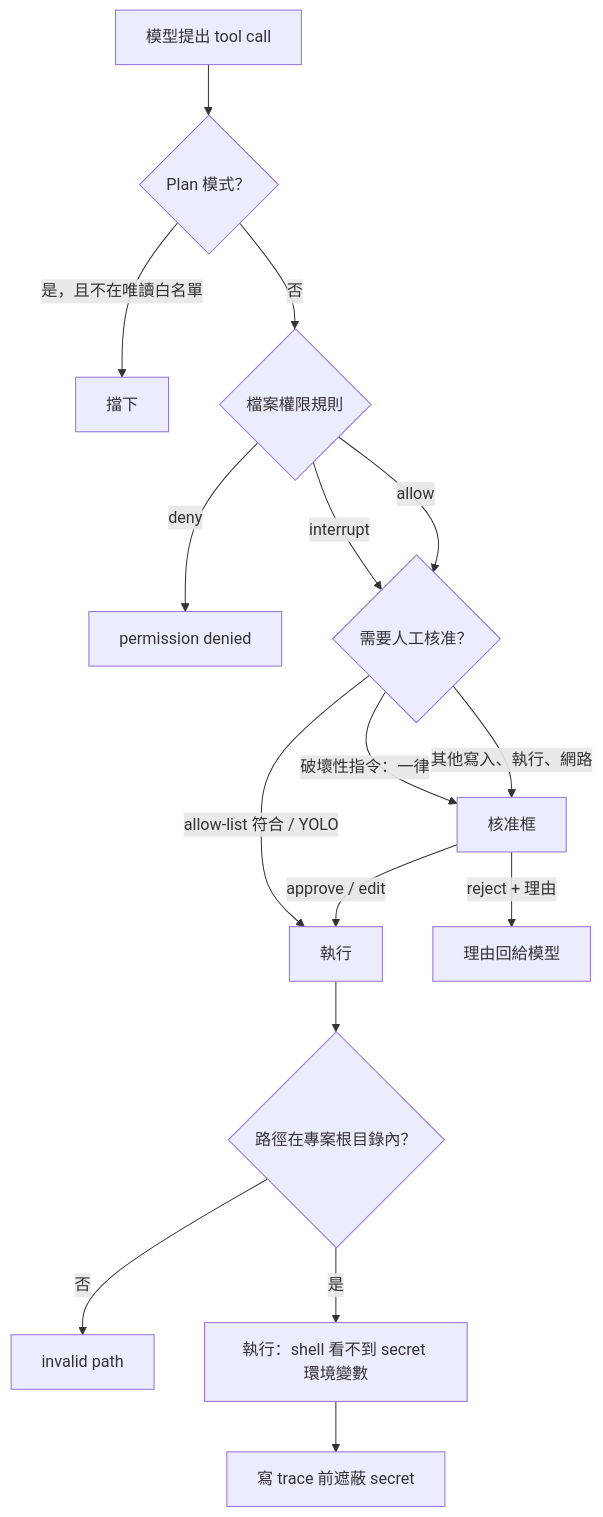
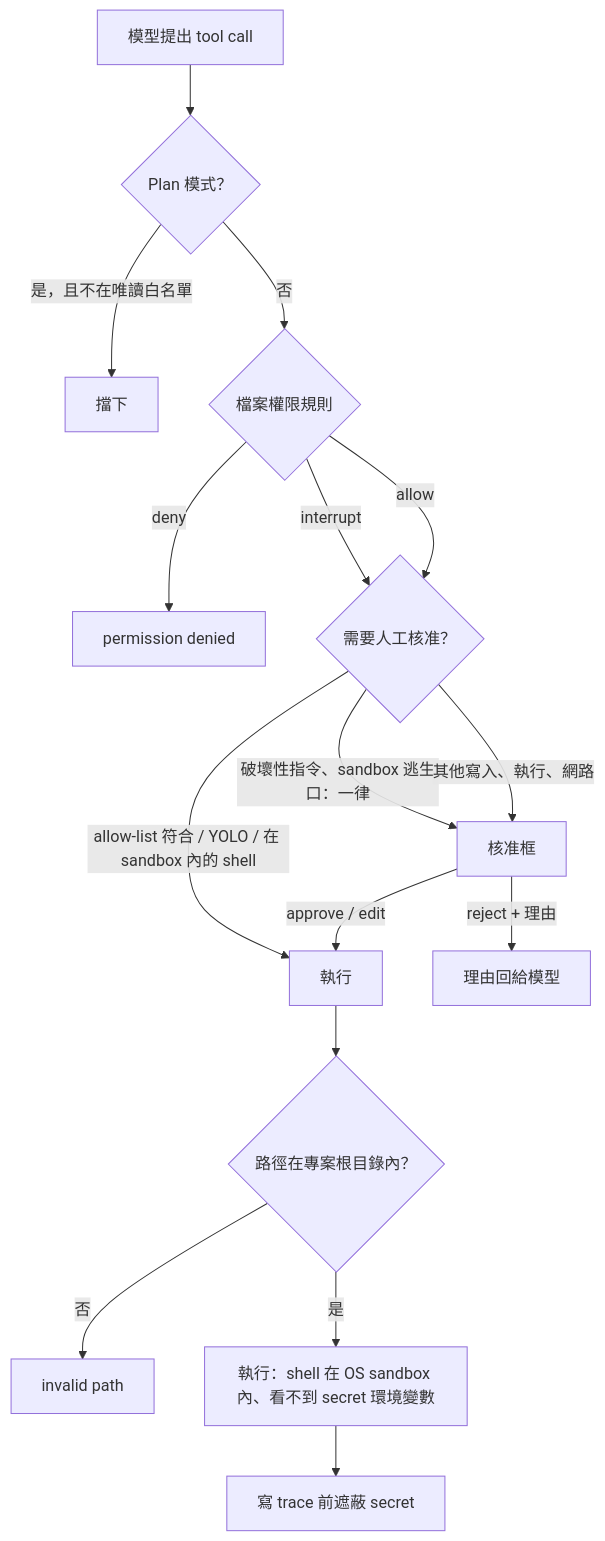
Before and after one commit to TsengMJ/coding_agent: the diagram in docs/intros/08_safety_and_permissions.md, drawn with Mermaid. The commit also changed other lines of this file and 3 other files, not shown here.

````diff
--- a/docs/intros/08_safety_and_permissions.md
+++ b/docs/intros/08_safety_and_permissions.md
@@ -23,18 +24,18 @@
 ```mermaid
 flowchart TD
     call[模型提出 tool call] --> plan{Plan 模式？}
     plan -->|是，且不在唯讀白名單| deny1[擋下]
     plan -->|否| perm{檔案權限規則}
     perm -->|deny| deny2[permission denied]
     perm -->|interrupt| hitl
     perm -->|allow| hitl{需要人工核准？}
-    hitl -->|破壞性指令：一律| review[核准框]
-    hitl -->|allow-list 符合 / YOLO| run
+    hitl -->|破壞性指令、sandbox 逃生口：一律| review[核准框]
+    hitl -->|allow-list 符合 / YOLO / 在 sandbox 內的 shell| run
     hitl -->|其他寫入、執行、網路| review
     review -->|approve / edit| run[執行]
     review -->|reject + 理由| back[理由回給模型]
     run --> path{路徑在專案根目錄內？}
     path -->|否| deny3[invalid path]
-    path -->|是| exec[執行：shell 看不到 secret 環境變數]
+    path -->|是| exec[執行：shell 在 OS sandbox 內、看不到 secret 環境變數]
     exec --> trace[寫 trace 前遮蔽 secret]
 ```
````
